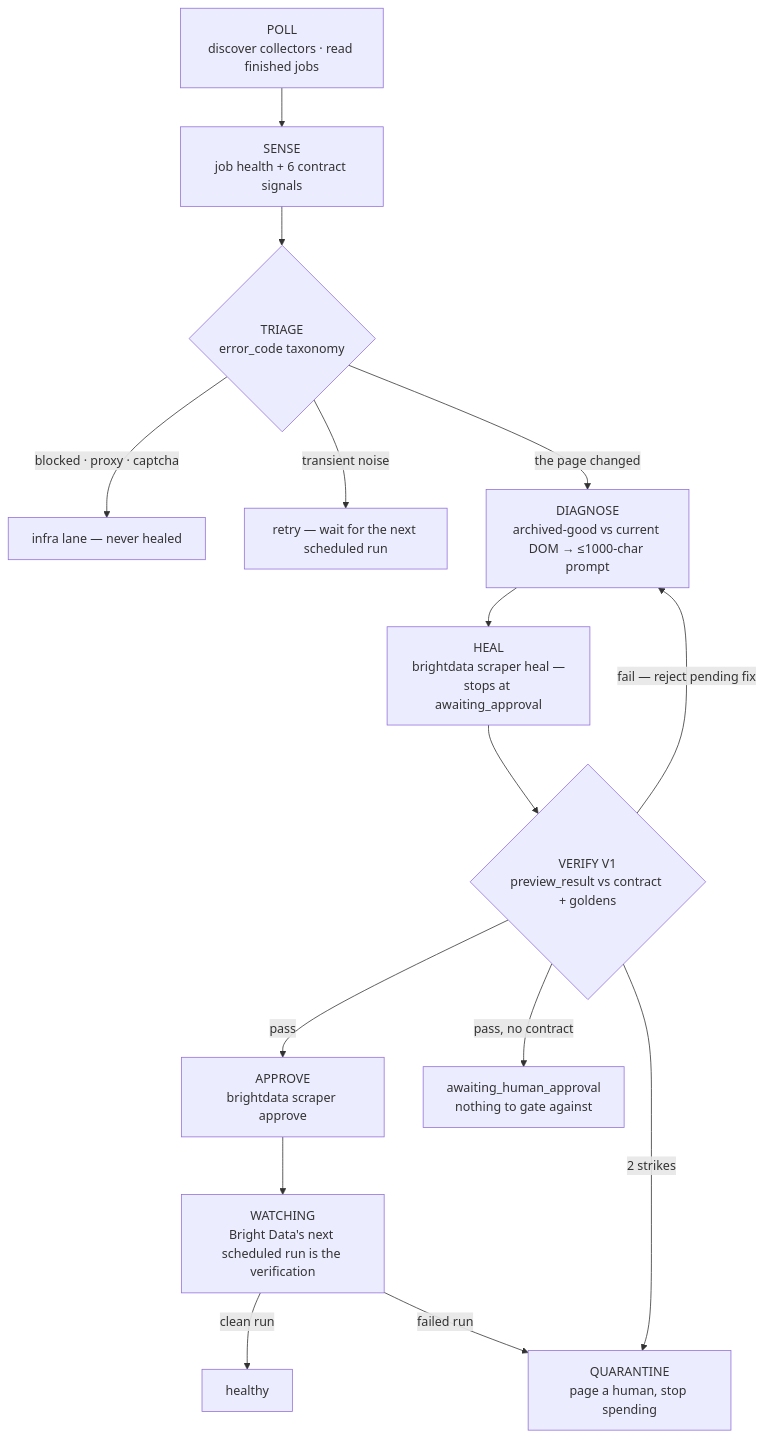
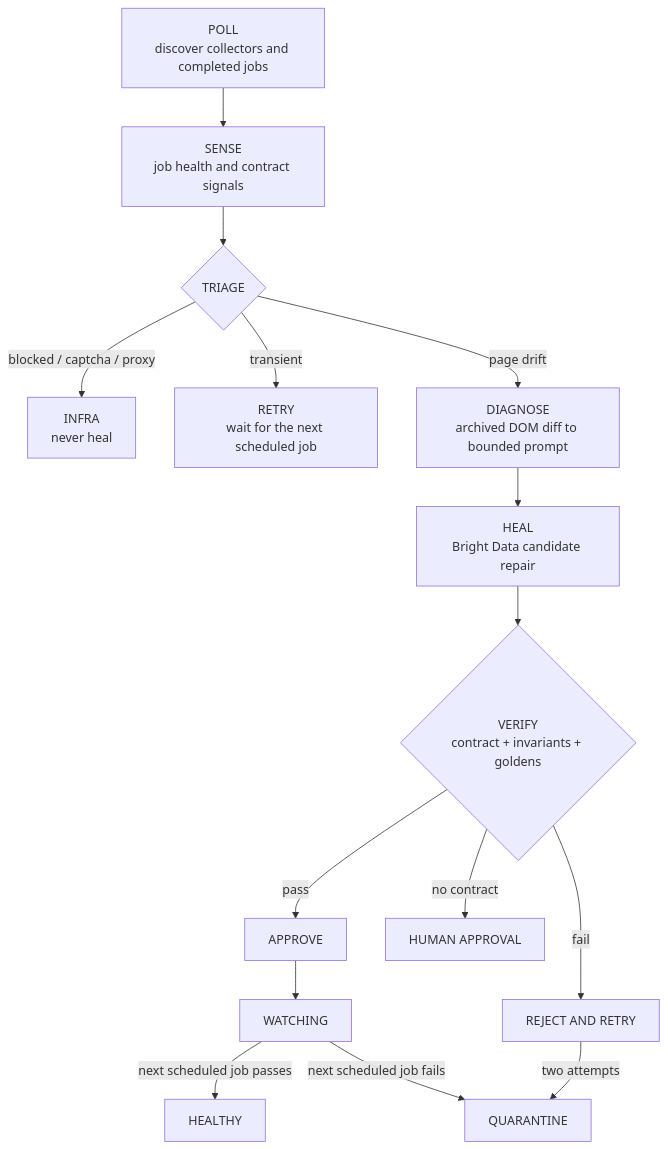
Before and after one commit to YellowFoxH4XOR/anansi: the diagram in README.md, drawn with Mermaid. The commit also changed other lines of this file and 14 other files, not shown here.

````diff
--- a/README.md
+++ b/README.md
@@ -41,17 +36,17 @@
 ```mermaid
 flowchart TD
-    P["POLL<br/>discover collectors · read finished jobs"] --> S["SENSE<br/>job health + 6 contract signals"]
-    S --> T{"TRIAGE<br/>error_code taxonomy"}
-    T -->|"blocked · proxy · captcha"| I["infra lane — never healed"]
-    T -->|"transient noise"| R["retry — wait for the next scheduled run"]
-    T -->|"the page changed"| D["DIAGNOSE<br/>archived-good vs current DOM → ≤1000-char prompt"]
-    D --> H["HEAL<br/>brightdata scraper heal —<br/>stops at awaiting_approval"]
-    H --> V1{"VERIFY V1<br/>preview_result vs contract + goldens"}
-    V1 -->|"pass"| A["APPROVE<br/>brightdata scraper approve"]
-    V1 -->|"pass, no contract"| HU["awaiting_human_approval<br/>nothing to gate against"]
-    V1 -->|"fail — reject pending fix"| D
-    V1 -->|"2 strikes"| Q["QUARANTINE<br/>page a human, stop spending"]
-    A --> W["WATCHING<br/>Bright Data's next scheduled run is the verification"]
-    W -->|"clean run"| OK["healthy"]
-    W -->|"failed run"| Q
+    P["POLL<br/>discover collectors and completed jobs"] --> S["SENSE<br/>job health and contract signals"]
+    S --> T{"TRIAGE"}
+    T -->|"blocked / captcha / proxy"| I["INFRA<br/>never heal"]
+    T -->|"transient"| R["RETRY<br/>wait for the next scheduled job"]
+    T -->|"page drift"| D["DIAGNOSE<br/>archived DOM diff to bounded prompt"]
+    D --> H["HEAL<br/>Bright Data candidate repair"]
+    H --> V{"VERIFY<br/>contract + invariants + goldens"}
+    V -->|"pass"| A["APPROVE"]
+    V -->|"no contract"| U["HUMAN APPROVAL"]
+    V -->|"fail"| X["REJECT AND RETRY"]
+    X -->|"two attempts"| Q["QUARANTINE"]
+    A --> W["WATCHING"]
+    W -->|"next scheduled job passes"| OK["HEALTHY"]
+    W -->|"next scheduled job fails"| Q
 ```
````
